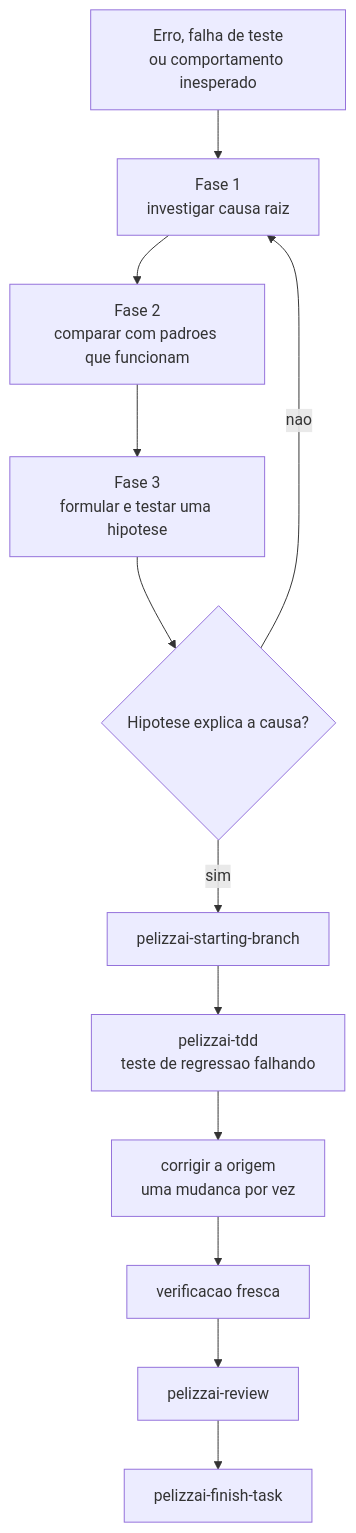
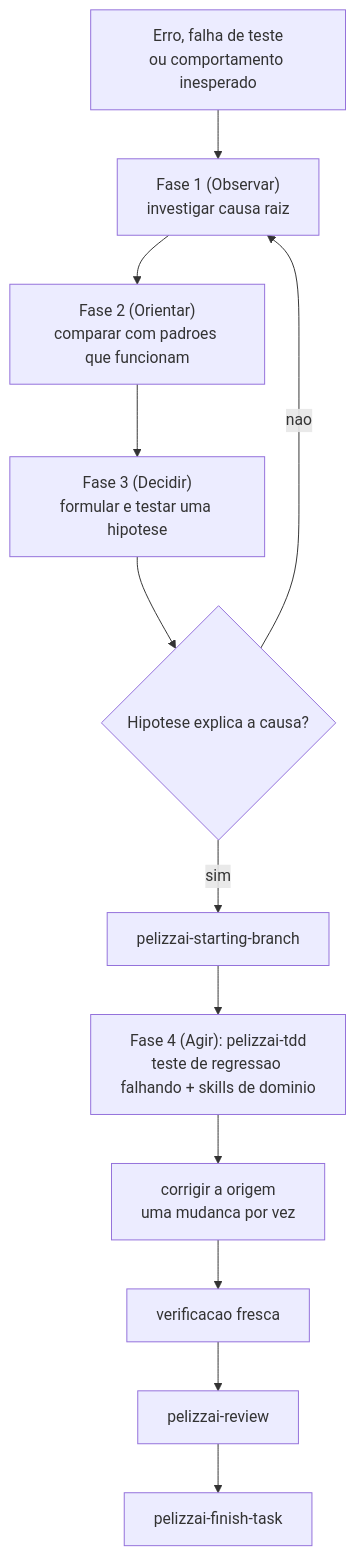
The fifth of 11 diagrams in README.md (rpelizza/PelizzAI), drawn with Mermaid before and after one commit. The commit also changed other lines of this file and 34 other files, not shown here.

````diff
--- a/README.md
+++ b/README.md
@@ -176,14 +189,14 @@
 ```mermaid
 flowchart TD
-    BUG["Erro, falha de teste<br/>ou comportamento inesperado"] --> RCA["Fase 1<br/>investigar causa raiz"]
-    RCA --> PAT["Fase 2<br/>comparar com padroes que funcionam"]
-    PAT --> HYP["Fase 3<br/>formular e testar uma hipotese"]
+    BUG["Erro, falha de teste<br/>ou comportamento inesperado"] --> RCA["Fase 1 (Observar)<br/>investigar causa raiz"]
+    RCA --> PAT["Fase 2 (Orientar)<br/>comparar com padroes que funcionam"]
+    PAT --> HYP["Fase 3 (Decidir)<br/>formular e testar uma hipotese"]
     HYP --> OK{"Hipotese explica a causa?"}
     OK -- "nao" --> RCA
     OK -- "sim" --> SB["pelizzai-starting-branch"]
-    SB --> RED["pelizzai-tdd<br/>teste de regressao falhando"]
+    SB --> RED["Fase 4 (Agir): pelizzai-tdd<br/>teste de regressao falhando + skills de dominio"]
     RED --> FIX["corrigir a origem<br/>uma mudanca por vez"]
     FIX --> VERIFY["verificacao fresca"]
     VERIFY --> REVIEW["pelizzai-review"]
     REVIEW --> FIN["pelizzai-finish-task"]
 ```
````
